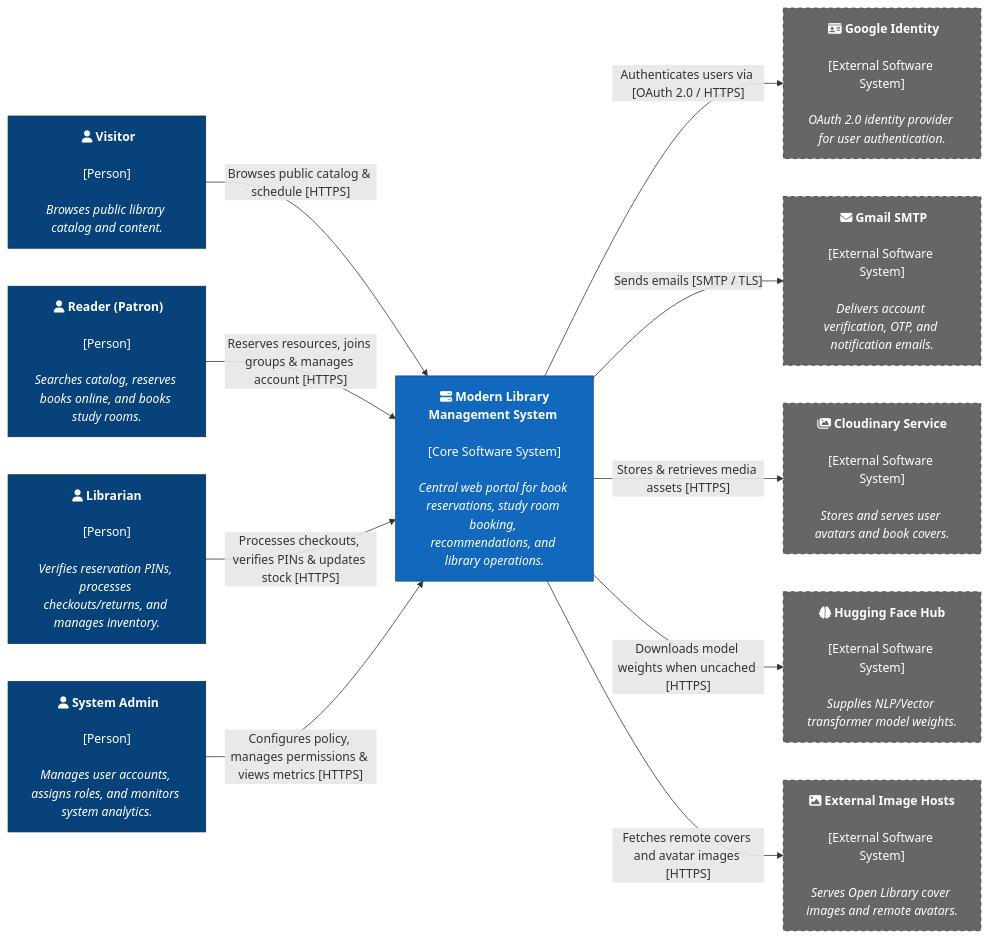
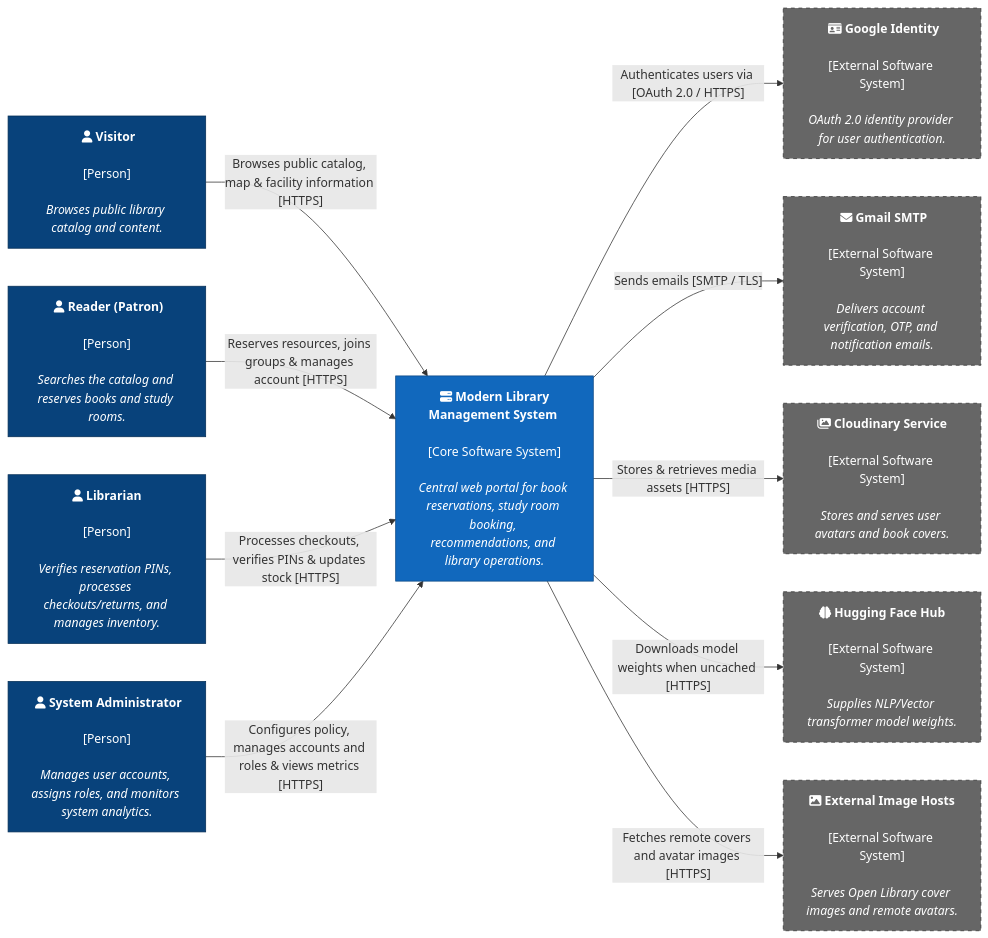
One commit to DuyNhat1705/AmeThyst-Library changed the diagram in docs/management/PA4/SystemContextDiagram.md. Above: the diagram before and after it, drawn with Mermaid. The commit also changed other lines of this file and 13 other files, not shown here.

````diff
--- a/docs/management/PA4/SystemContextDiagram.md
+++ b/docs/management/PA4/SystemContextDiagram.md
@@ -43,39 +43,39 @@
 ```mermaid
 flowchart LR
     %% Actors
     Visitor["<b><center> fa:fa-user Visitor</b></center><br/><center>[Person]</center><br/><i>Browses public library catalog and content.</i>"]
-    Readers["<b><center> fa:fa-user Reader (Patron)</b></center><br/><center>[Person]</center><br/><i>Searches catalog, reserves books online, and books study rooms.</i>"]
+    Readers["<b><center> fa:fa-user Reader (Patron)</b></center><br/><center>[Person]</center><br/><i>Searches the catalog and reserves books and study rooms.</i>"]
     Librarian["<b><center>fa:fa-user Librarian</center></b><br><center>[Person]</center><br><i>Verifies reservation PINs, processes checkouts/returns, and manages inventory.</i>"]
-    SysAdmin["<b><center> fa:fa-user System Admin</center></b><br/><center>[Person]</center><br/><i>Manages user accounts, assigns roles, and monitors system analytics.</i>"]
+    SysAdmin["<b><center> fa:fa-user System Administrator</center></b><br/><center>[Person]</center><br/><i>Manages user accounts, assigns roles, and monitors system analytics.</i>"]
 
     %% Core System
     CoreSystem["<b><center> fa:fa-server Modern Library Management System </center></b><br/><center>[Core Software System]</center><br/><i>Central web portal for book reservations, study room booking, recommendations, and library operations.</i>"]
 
     %% External Systems
     GoogleOAuth["<b><center> fa:fa-id-card Google Identity</center></b><br><center>[External Software System]</center><br><i>OAuth 2.0 identity provider for user authentication.</i>"]
     GmailSMTP["<b><center> fa:fa-envelope Gmail SMTP</center></b><br><center>[External Software System]</center><br><i>Delivers account verification, OTP, and notification emails.</i>"]
     Cloudinary["<b><center> fa:fa-images Cloudinary Service</b> </center><br><center>[External Software System]</center><br><i>Stores and serves user avatars and book covers.</i>"]
     HuggingFace["<b><center> fa:fa-brain Hugging Face Hub</b> </center><br><center>[External Software System]</center><br><i>Supplies NLP/Vector transformer model weights.</i>"]
     ExternalImages["<b><center> fa:fa-image External Image Hosts</b> </center><br><center>[External Software System]</center><br><i>Serves Open Library cover images and remote avatars.</i>"]
 
     %% Relationships
-    Visitor -->|"Browses public catalog & schedule [HTTPS]"| CoreSystem
+    Visitor -->|"Browses public catalog, map & facility information [HTTPS]"| CoreSystem
     Readers -->|"Reserves resources, joins groups & manages account [HTTPS]"| CoreSystem
     Librarian -->|"Processes checkouts, verifies PINs & updates stock [HTTPS]"| CoreSystem
-    SysAdmin -->|"Configures policy, manages permissions & views metrics [HTTPS]"| CoreSystem
+    SysAdmin -->|"Configures policy, manages accounts and roles & views metrics [HTTPS]"| CoreSystem
 
     CoreSystem -->|"Authenticates users via [OAuth 2.0 / HTTPS]"| GoogleOAuth
     CoreSystem -->|"Sends emails [SMTP / TLS]"| GmailSMTP
     CoreSystem -->|"Stores & retrieves media assets [HTTPS]"| Cloudinary
     CoreSystem -->|"Downloads model weights when uncached [HTTPS]"| HuggingFace
     CoreSystem -->|"Fetches remote covers and avatar images [HTTPS]"| ExternalImages
 
     %% Styling
     classDef person fill:#08427b,stroke:#052e56,color:#fff;
     classDef coreSystem fill:#1168bd,stroke:#0b4884,color:#fff;
     classDef extSystem fill:#666666,stroke:#333333,color:#fff,stroke-dasharray:5 5;
 
     class Visitor,Readers,SysAdmin,Librarian person;
     class CoreSystem coreSystem;
     class GoogleOAuth,GmailSMTP,Cloudinary,HuggingFace,ExternalImages extSystem;
 ```
````
